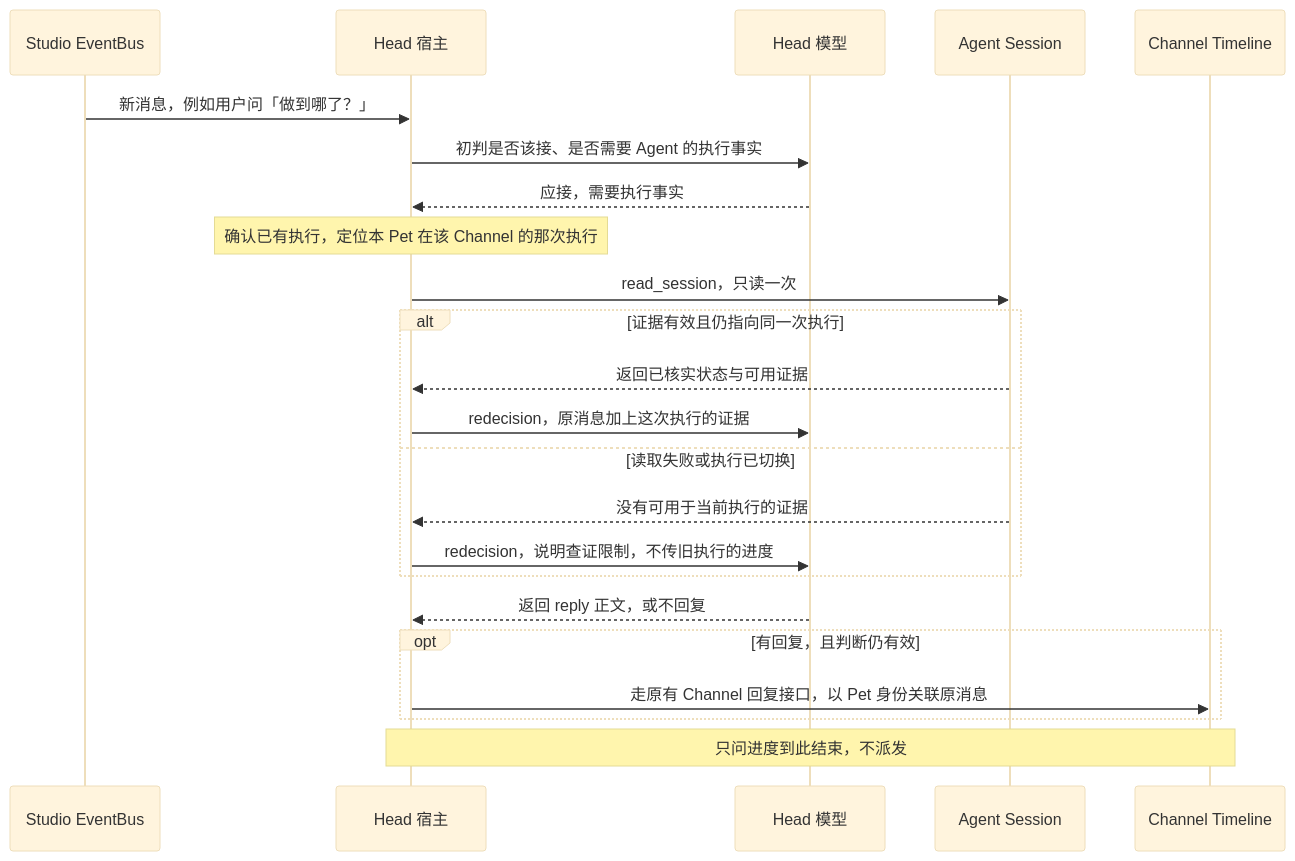
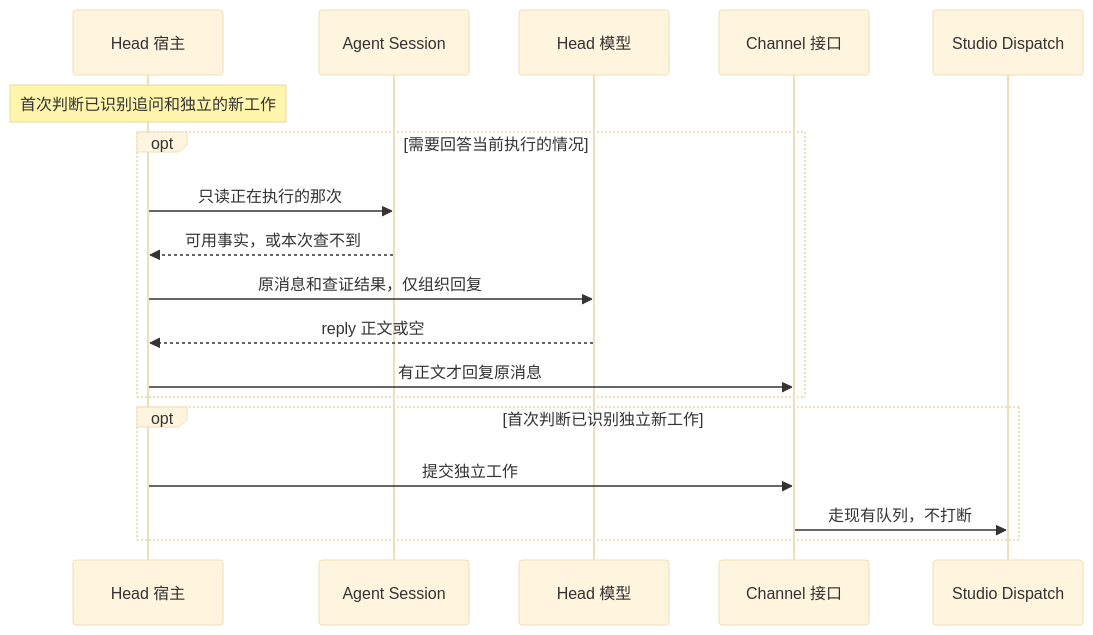
The third of 4 diagrams in docs/design/studio/pet-head-mechanism.md (pinpawo/pinpawo-agent), drawn with Mermaid (base theme) before and after one commit. The commit also changed other lines of this file, not shown here.

Commit message:
docs(studio): simplify Pet Head routing for review

````diff
--- a/docs/design/studio/pet-head-mechanism.md
+++ b/docs/design/studio/pet-head-mechanism.md
@@ -101,25 +72,20 @@
 ```mermaid
 sequenceDiagram
-    participant B as Studio EventBus
     participant H as Head 宿主
+    participant S as Agent Session
     participant M as Head 模型
-    participant S as Agent Session
-    participant C as Channel Timeline
-    B->>H: 新消息，例如用户问「做到哪了？」
-    H->>M: 初判是否该接、是否需要 Agent 的执行事实
-    M-->>H: 应接，需要执行事实
-    Note over H: 确认已有执行，定位本 Pet 在该 Channel 的那次执行
-    H->>S: read_session，只读一次
-    alt 证据有效且仍指向同一次执行
-        S-->>H: 返回已核实状态与可用证据
-        H->>M: redecision，原消息加上这次执行的证据
-    else 读取失败或执行已切换
-        S-->>H: 没有可用于当前执行的证据
-        H->>M: redecision，说明查证限制，不传旧执行的进度
+    participant C as Channel 接口
+    participant D as Studio Dispatch
+    Note over H: 首次判断已识别追问和独立的新工作
+    opt 需要回答当前执行的情况
+        H->>S: 只读正在执行的那次
+        S-->>H: 可用事实，或本次查不到
+        H->>M: 原消息和查证结果，仅组织回复
+        M-->>H: reply 正文或空
+        H->>C: 有正文才回复原消息
     end
-    M-->>H: 返回 reply 正文，或不回复
-    opt 有回复，且判断仍有效
-        H->>C: 走原有 Channel 回复接口，以 Pet 身份关联原消息
+    opt 首次判断已识别独立新工作
+        H->>C: 提交独立工作
+        C->>D: 走现有队列，不打断
     end
-    Note over H,C: 只问进度到此结束，不派发
 ```
````
